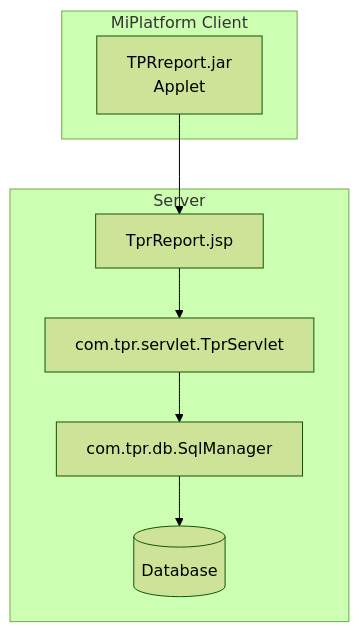
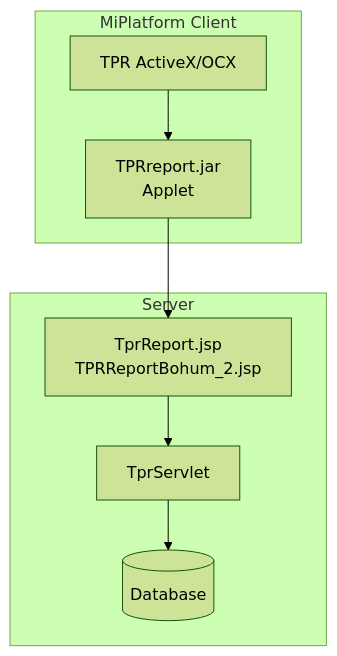
The diagram in 03.analysis_results/033.platform-services/0333.Solutions/D.TPR-Report.md (forsylph/nph), drawn with Mermaid (forest theme) before and after one commit. The commit also changed other lines of this file and 7 other files, not shown here.

````diff
--- a/03.analysis_results/033.platform-services/0333.Solutions/D.TPR-Report.md
+++ b/03.analysis_results/033.platform-services/0333.Solutions/D.TPR-Report.md
@@ -45,18 +198,18 @@
 ```mermaid
 flowchart TB
     subgraph Client["MiPlatform Client"]
         Applet[TPRreport.jar<br/>Applet]
+        OCX[TPR ActiveX/OCX]
     end
 
     subgraph Server["Server"]
-        JSP[TprReport.jsp]
-        TprServlet[com.tpr.servlet.TprServlet]
-        SqlManager[com.tpr.db.SqlManager]
+        JSP[TprReport.jsp<br/>TPRReportBohum_2.jsp]
+        Servlet[TprServlet]
         DB[(Database)]
     end
 
     Applet --> JSP
-    JSP --> TprServlet
-    TprServlet --> SqlManager
-    SqlManager --> DB
+    OCX --> Applet
+    JSP --> Servlet
+    Servlet --> DB
 ```
````
